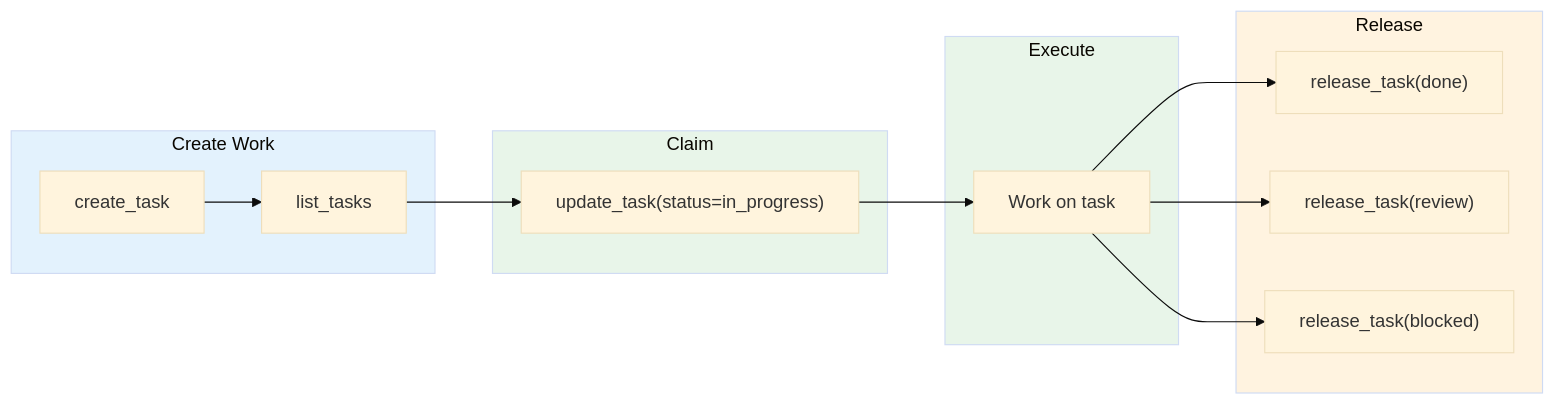
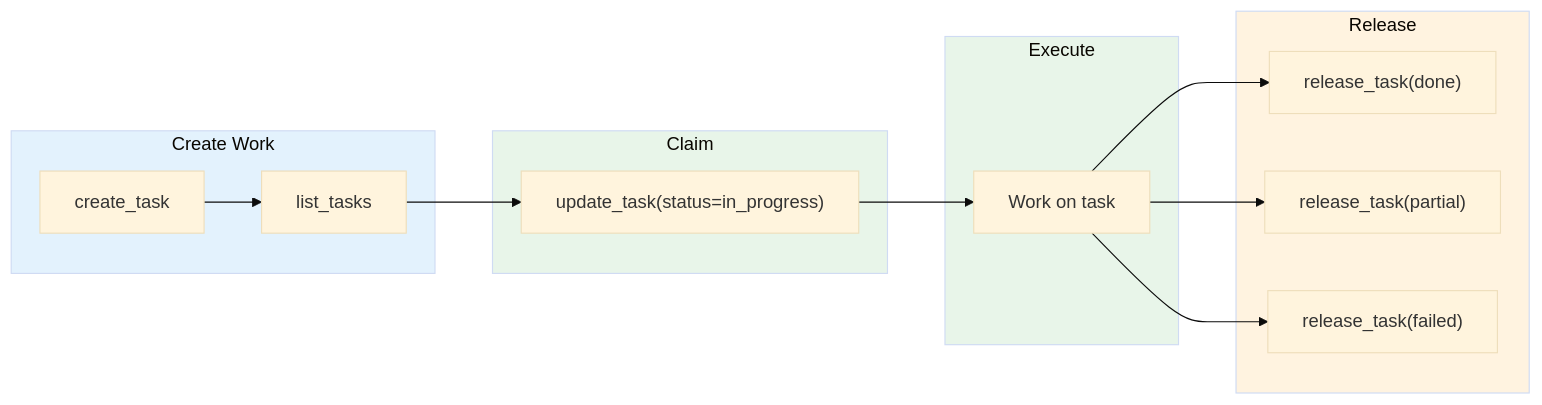
One commit to nicsuzor/mem changed the diagram in specs/work-management.md. Above: the diagram before and after it, drawn with Mermaid (base theme). The commit also changed other lines of this file and 5 other files, not shown here.

````diff
--- a/specs/work-management.md
+++ b/specs/work-management.md
@@ -26,31 +26,31 @@
 ```mermaid
 flowchart LR
     subgraph CREATE["Create Work"]
         C1[create_task]
         C2[list_tasks]
     end
 
     subgraph CLAIM["Claim"]
         E1["update_task(status=in_progress)"]
     end
 
     subgraph EXECUTE["Execute"]
         E2[Work on task]
     end
 
     subgraph RELEASE["Release"]
         R1["release_task(done)"]
-        R2["release_task(review)"]
-        R3["release_task(blocked)"]
+        R2["release_task(partial)"]
+        R3["release_task(failed)"]
     end
 
     C1 --> C2 --> E1 --> E2
     E2 --> R1
     E2 --> R2
     E2 --> R3
 
     style CREATE fill:#e3f2fd
     style CLAIM fill:#e8f5e9
     style EXECUTE fill:#e8f5e9
     style RELEASE fill:#fff3e0
 ```
````
